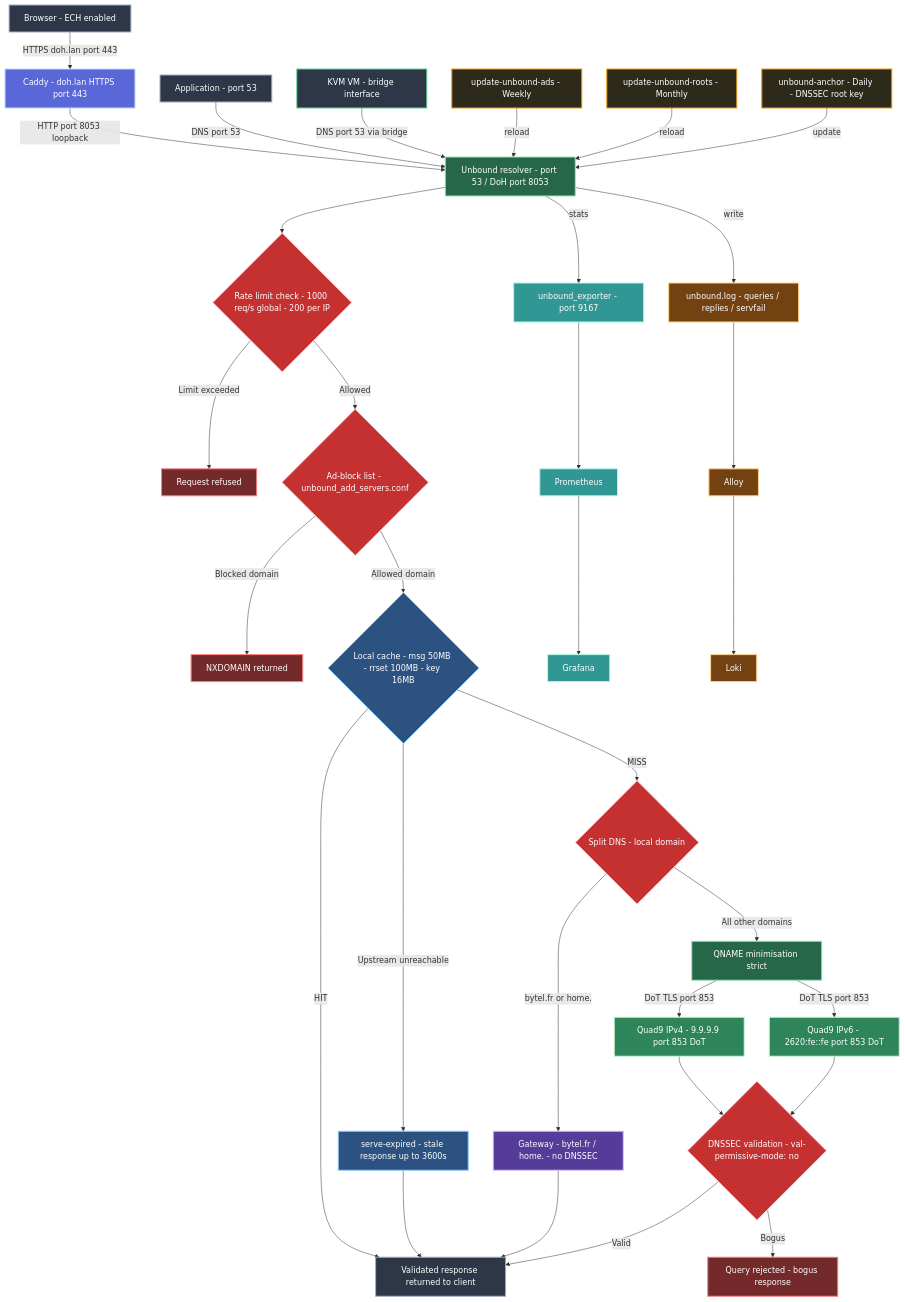
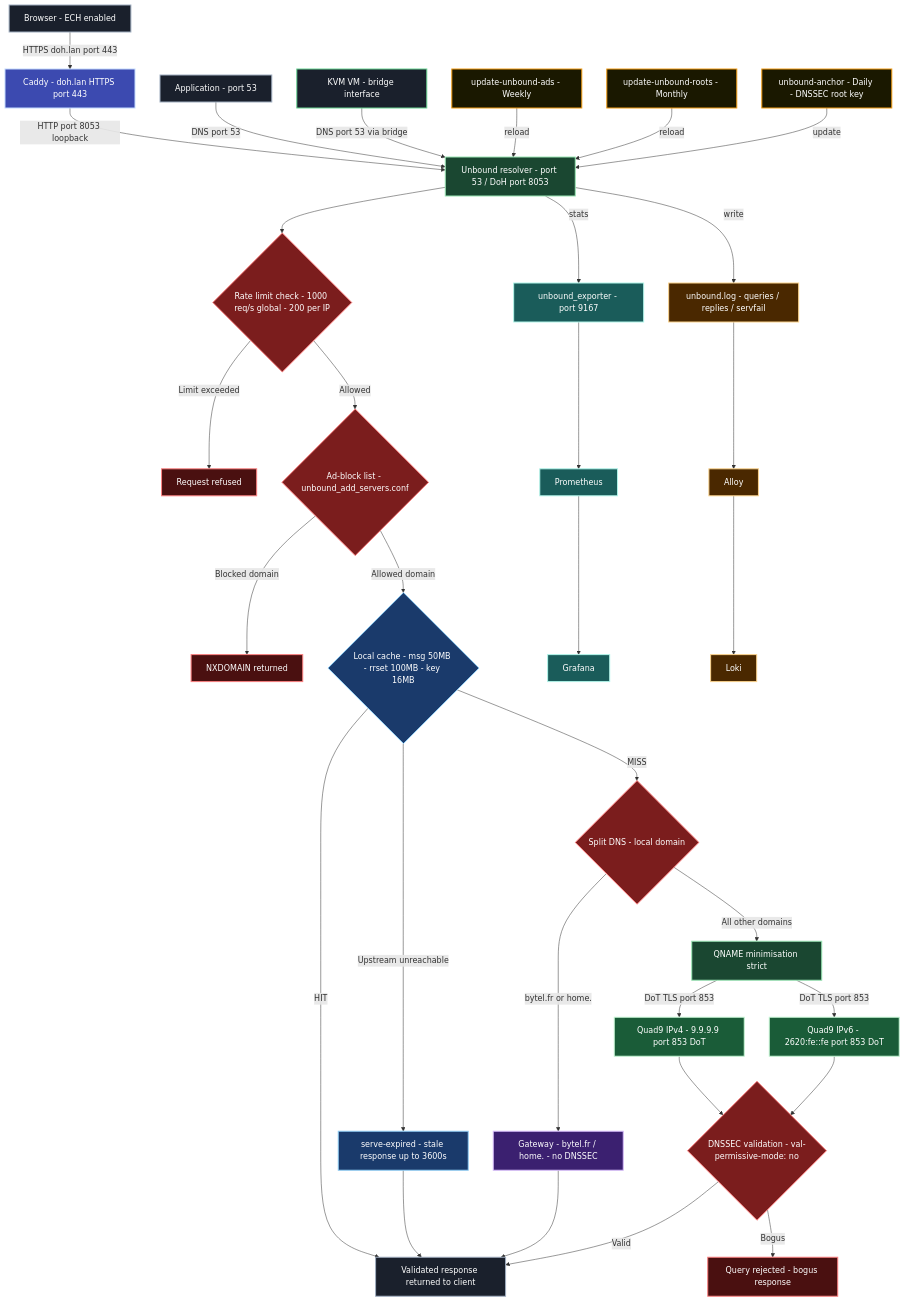
The diagram in README.md (crisis1er/unbound), drawn with Mermaid before and after one commit.

Commit message:
docs: darken all node fills for better text readability

````diff
--- a/README.md
+++ b/README.md
@@ -32,17 +32,17 @@
 ```mermaid
 flowchart TD
-    classDef client fill:#2d3748,stroke:#a0aec0,stroke-width:2px,color:#fff
-    classDef kvm fill:#2d3748,stroke:#68d391,stroke-width:2px,color:#fff
-    classDef proxy fill:#5a67d8,stroke:#c3dafe,stroke-width:2px,color:#fff
-    classDef resolver fill:#276749,stroke:#9ae6b4,stroke-width:2px,color:#fff
-    classDef decision fill:#c53030,stroke:#fed7d7,stroke-width:2px,color:#fff
-    classDef blocked fill:#742a2a,stroke:#fc8181,stroke-width:2px,color:#fff
-    classDef cache fill:#2c5282,stroke:#90cdf4,stroke-width:2px,color:#fff
-    classDef local fill:#553c9a,stroke:#d6bcfa,stroke-width:2px,color:#fff
-    classDef upstream fill:#2f855a,stroke:#c6f6d5,stroke-width:2px,color:#fff
-    classDef monitoring fill:#319795,stroke:#b2f5ea,stroke-width:2px,color:#fff
-    classDef logs fill:#744210,stroke:#fbd38d,stroke-width:2px,color:#fff
-    classDef maintenance fill:#2d2a1a,stroke:#f39c12,stroke-width:2px,color:#fff
+    classDef client fill:#1a202c,stroke:#a0aec0,stroke-width:2px,color:#fff
+    classDef kvm fill:#1a202c,stroke:#68d391,stroke-width:2px,color:#fff
+    classDef proxy fill:#3c4ab0,stroke:#c3dafe,stroke-width:2px,color:#fff
+    classDef resolver fill:#1a4731,stroke:#9ae6b4,stroke-width:2px,color:#fff
+    classDef decision fill:#7b1d1d,stroke:#fc8181,stroke-width:2px,color:#fff
+    classDef blocked fill:#4a1010,stroke:#fc8181,stroke-width:2px,color:#fff
+    classDef cache fill:#1a3a6b,stroke:#90cdf4,stroke-width:2px,color:#fff
+    classDef local fill:#3b2070,stroke:#d6bcfa,stroke-width:2px,color:#fff
+    classDef upstream fill:#1a5c38,stroke:#c6f6d5,stroke-width:2px,color:#fff
+    classDef monitoring fill:#1a5c5a,stroke:#b2f5ea,stroke-width:2px,color:#fff
+    classDef logs fill:#4a2800,stroke:#fbd38d,stroke-width:2px,color:#fff
+    classDef maintenance fill:#1a1800,stroke:#f39c12,stroke-width:2px,color:#fff
 
     BROWSER["Browser - ECH enabled"]:::client
     CADDY["Caddy - doh.lan HTTPS port 443"]:::proxy
````
